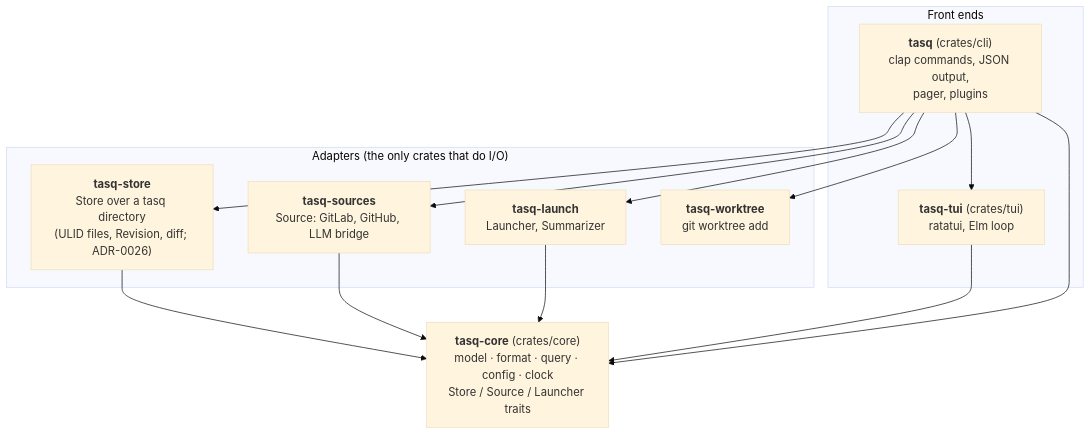
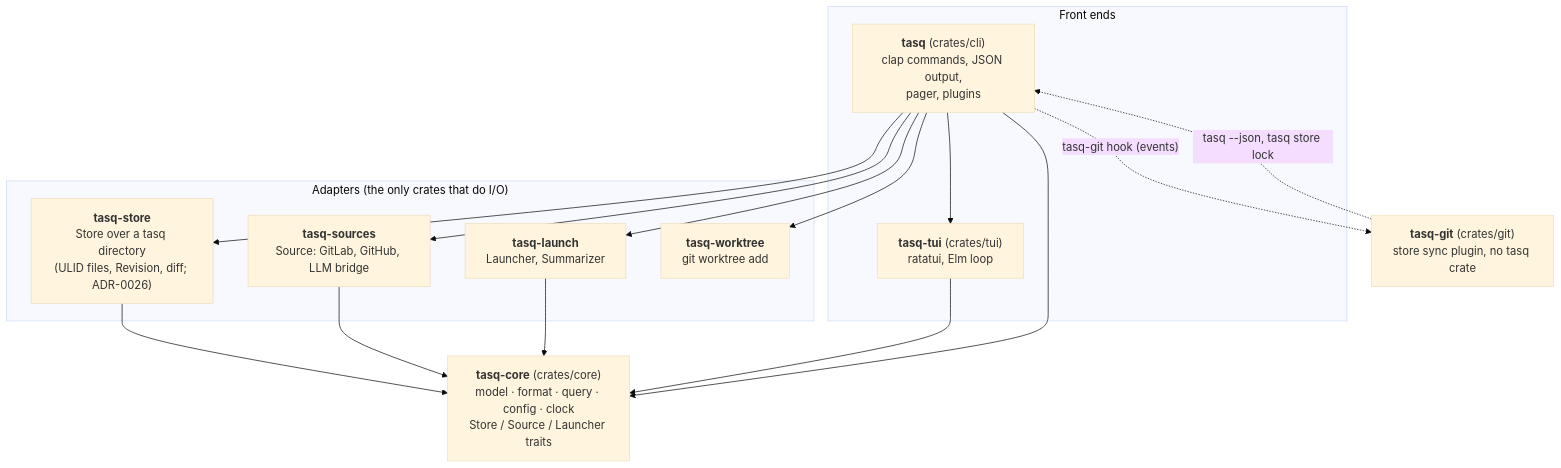
One commit to pauc/tasq changed the first of 7 diagrams in docs/architecture.md. Above: the diagram before and after it, drawn with Mermaid (base theme). The commit also changed other lines of this file and 6 other files, not shown here.

First line of the commit message:
docs(git): describe store sync in docs/git-sync.md and link it

````diff
--- a/docs/architecture.md
+++ b/docs/architecture.md
@@ -11,27 +11,31 @@
 ```mermaid
 flowchart TB
     subgraph front["Front ends"]
         cli["<b>tasq</b> (crates/cli)<br/>clap commands, JSON output,<br/>pager, plugins"]
         tui["<b>tasq-tui</b> (crates/tui)<br/>ratatui, Elm loop"]
     end
 
     subgraph adapters["Adapters (the only crates that do I/O)"]
         tstore["<b>tasq-store</b><br/>Store over a tasq directory<br/>(ULID files, Revision, diff; ADR-0026)"]
         sources["<b>tasq-sources</b><br/>Source: GitLab, GitHub, LLM bridge"]
         launch["<b>tasq-launch</b><br/>Launcher, Summarizer"]
         worktree["<b>tasq-worktree</b><br/>git worktree add"]
     end
 
     core["<b>tasq-core</b> (crates/core)<br/>model · format · query · config · clock<br/>Store / Source / Launcher traits"]
 
+    git["<b>tasq-git</b> (crates/git)<br/>store sync plugin, no tasq crate"]
+
     cli --> tstore
     tstore --> core
     cli --> sources
     cli --> launch
     cli --> worktree
     cli --> tui
     cli --> core
     tui --> core
     sources --> core
     launch --> core
+    cli -. "tasq-git hook (events)" .-> git
+    git -. "tasq --json, tasq store lock" .-> cli
 ```
````
